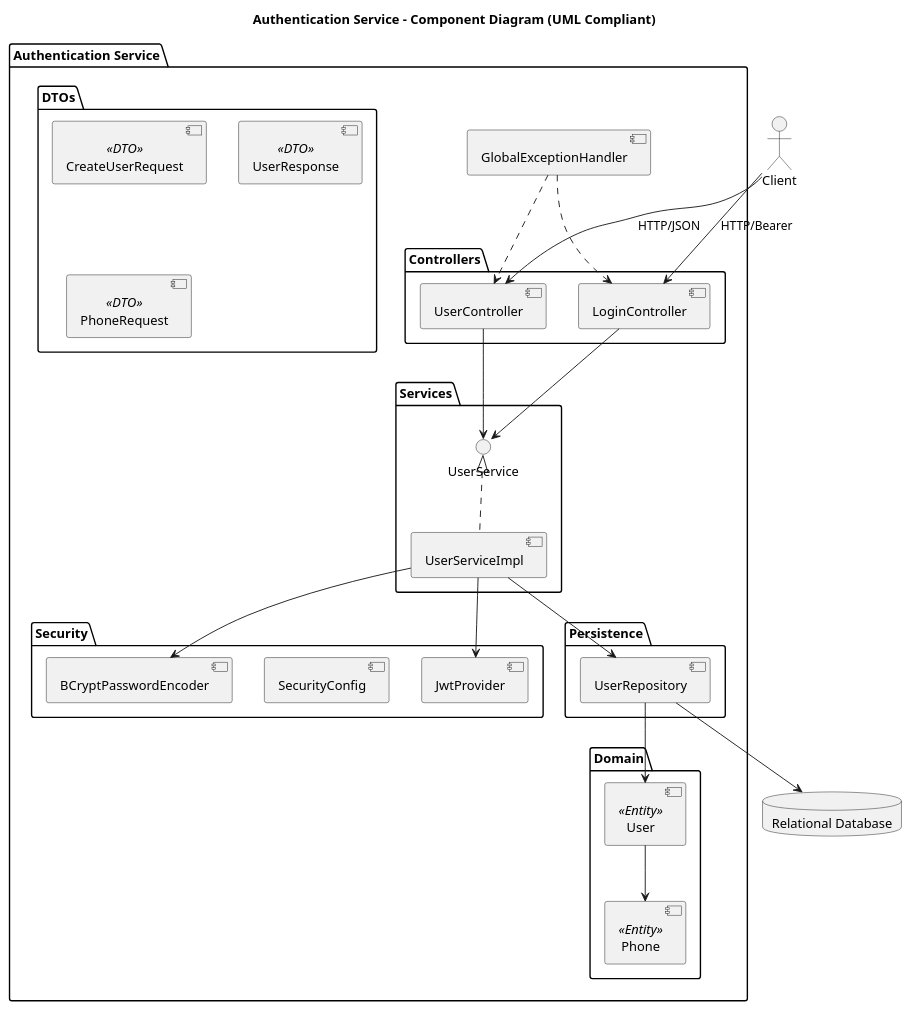
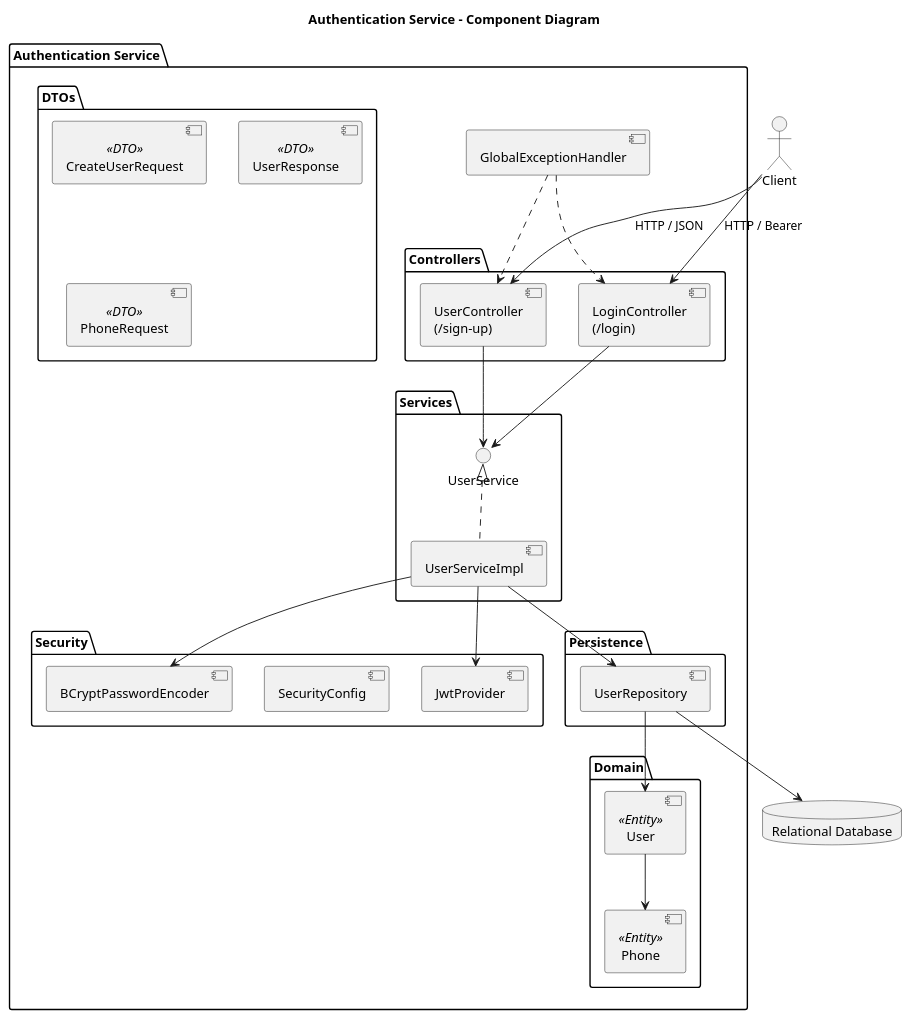
The diagram in src/main/resources/diagrams/authentication-components.puml (daniol1618/authentication), drawn with PlantUML before and after one commit. The commit also changed 1 other file, not shown here.

Commit message:
docs: diagrams modified to display signup controller

```diff
--- a/src/main/resources/diagrams/authentication-components.puml
+++ b/src/main/resources/diagrams/authentication-components.puml
@@ -1,67 +1,66 @@
 @startuml
-title Authentication Service - Component Diagram (UML Compliant)
+title Authentication Service - Component Diagram
 
 actor Client
 
 package "Authentication Service" {
 
     package "Controllers" {
-        component UserController
-        component LoginController
+        component "UserController\n(/sign-up)" as UserController
+        component "LoginController\n(/login)" as LoginController
     }
 
     package "Services" {
         interface UserService
         component UserServiceImpl
     }
 
     package "Security" {
         component JwtProvider
         component SecurityConfig
         component BCryptPasswordEncoder
     }
 
     package "Persistence" {
         component UserRepository
     }
 
     package "Domain" {
         component User <<Entity>>
         component Phone <<Entity>>
     }
 
     package "DTOs" {
         component CreateUserRequest <<DTO>>
         component UserResponse <<DTO>>
         component PhoneRequest <<DTO>>
     }
 
     component GlobalExceptionHandler
 }
 
-database "Relational Database" {
-}
+database "Relational Database"
 
 ' ===== Relationships =====
 
-Client --> UserController : HTTP/JSON
-Client --> LoginController : HTTP/Bearer
+Client --> UserController : HTTP / JSON
+Client --> LoginController : HTTP / Bearer
 
 UserController --> UserService
 LoginController --> UserService
 
 UserService <|.. UserServiceImpl
 
 UserServiceImpl --> UserRepository
 UserServiceImpl --> JwtProvider
 UserServiceImpl --> BCryptPasswordEncoder
 
 UserRepository --> User
 User --> Phone
 
 UserRepository --> "Relational Database"
 
 GlobalExceptionHandler ..> UserController
 GlobalExceptionHandler ..> LoginController
 
 @enduml
```
